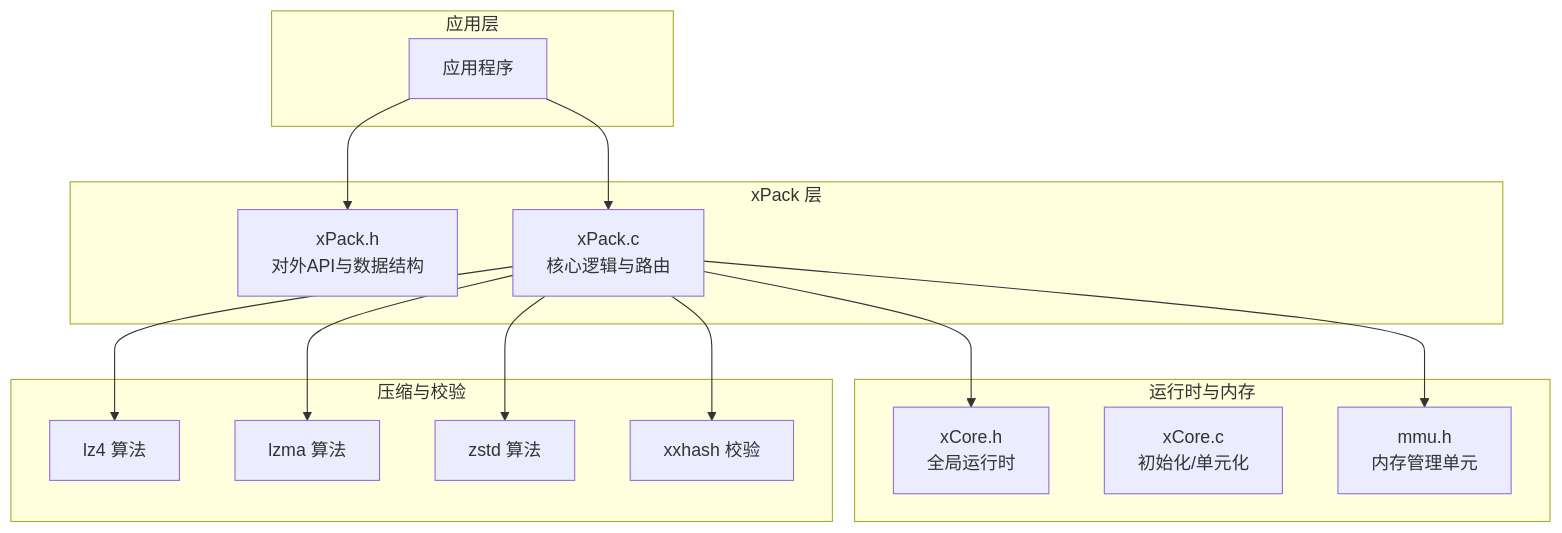
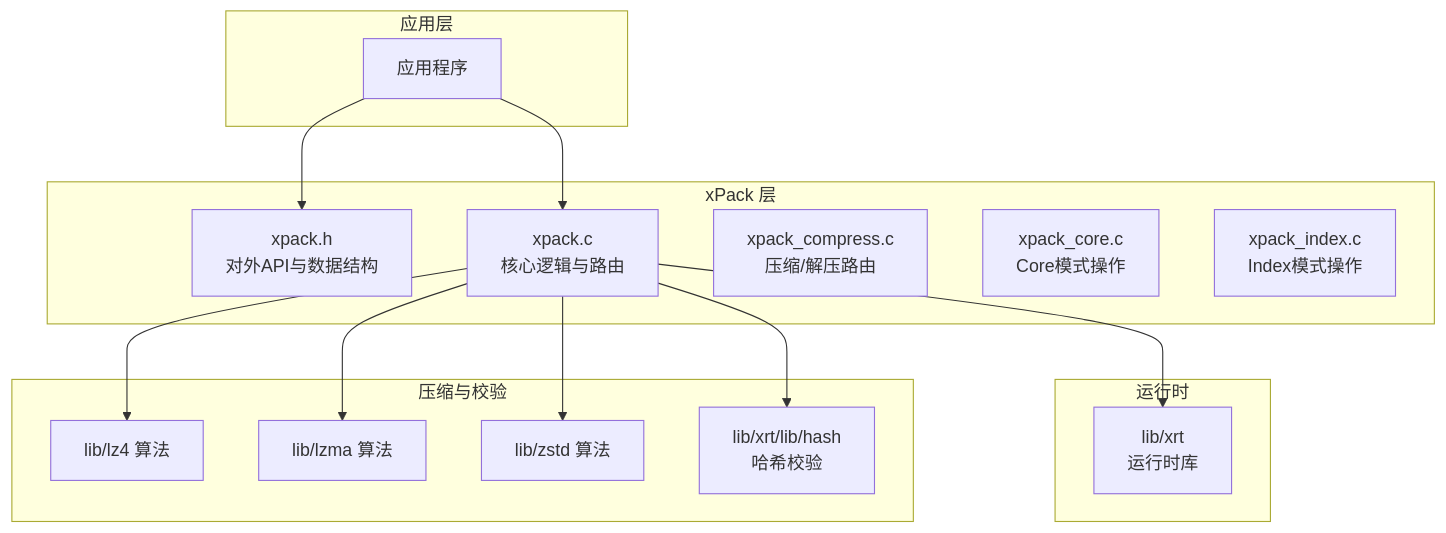
Before and after one commit to xywhsoft/xpack: the first of 4 diagrams in .qoder/repowiki/zh/content/高级功能特性/高级功能特性.md, drawn with Mermaid. The commit also changed other lines of this file and 18 other files, not shown here.

````diff
--- a/.qoder/repowiki/zh/content/高级功能特性/高级功能特性.md
+++ b/.qoder/repowiki/zh/content/高级功能特性/高级功能特性.md
@@ -40,29 +43,29 @@
 ```mermaid
 graph TB
 subgraph "应用层"
 APP["应用程序"]
 end
 subgraph "xPack 层"
-XP_H["xPack.h<br/>对外API与数据结构"]
-XP_C["xPack.c<br/>核心逻辑与路由"]
+XP_H["xpack.h<br/>对外API与数据结构"]
+XP_C["xpack.c<br/>核心逻辑与路由"]
+XP_CI["xpack_compress.c<br/>压缩/解压路由"]
+XP_CORE["xpack_core.c<br/>Core模式操作"]
+XP_IDX["xpack_index.c<br/>Index模式操作"]
 end
-subgraph "运行时与内存"
-XC_H["xCore.h<br/>全局运行时"]
-XC_C["xCore.c<br/>初始化/单元化"]
-MMU["mmu.h<br/>内存管理单元"]
+subgraph "运行时"
+XRT["lib/xrt<br/>运行时库"]
 end
 subgraph "压缩与校验"
-LZ4["lz4 算法"]
-LZMA["lzma 算法"]
-ZSTD["zstd 算法"]
-XXH["xxhash 校验"]
+LZ4["lib/lz4 算法"]
+LZMA["lib/lzma 算法"]
+ZSTD["lib/zstd 算法"]
+HASH["lib/xrt/lib/hash<br/>哈希校验"]
 end
 APP --> XP_H
 APP --> XP_C
-XP_C --> XC_H
-XP_C --> MMU
-XP_C --> XXH
+XP_C --> XRT
+XP_C --> HASH
 XP_C --> LZ4
 XP_C --> LZMA
 XP_C --> ZSTD
 ```
````
